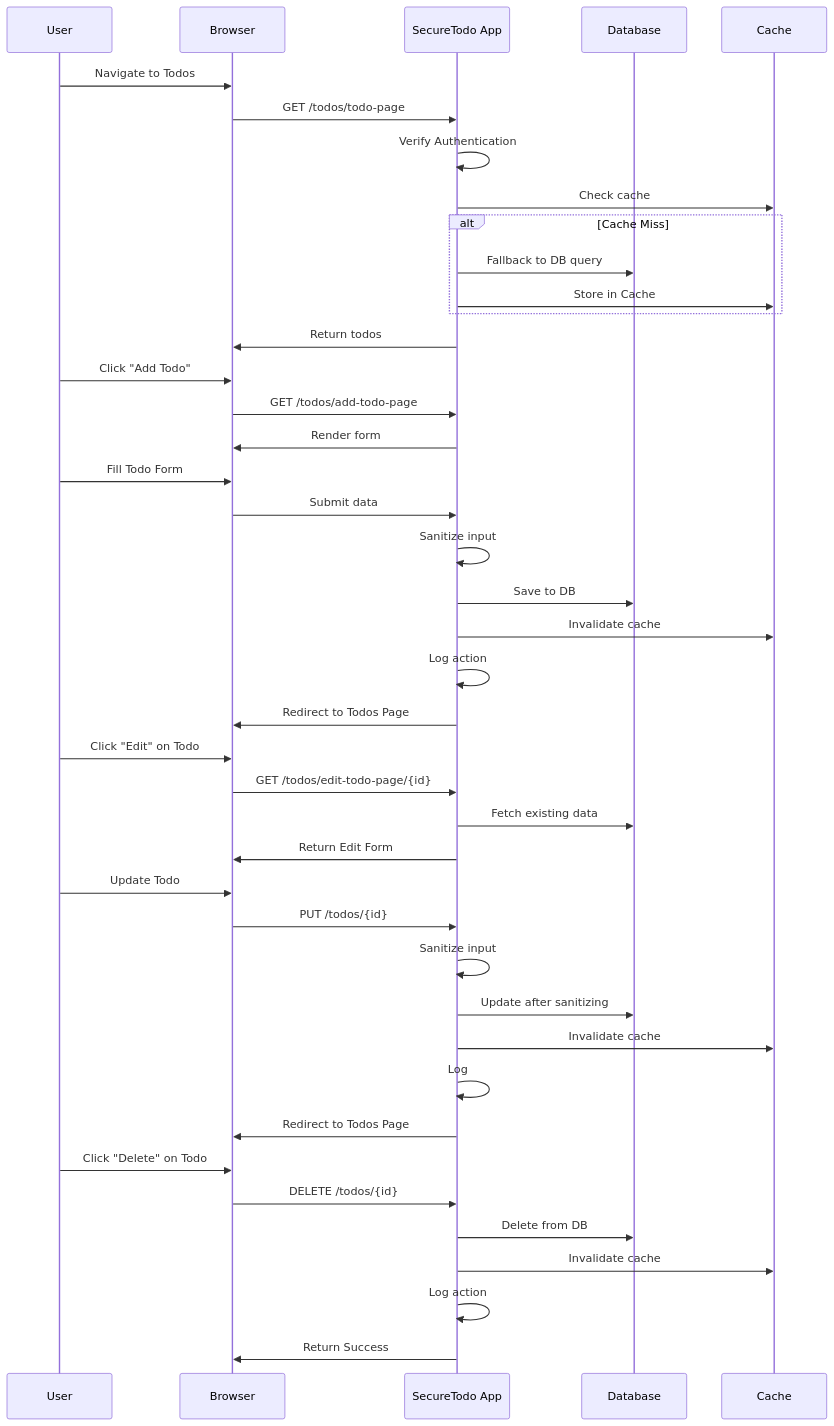
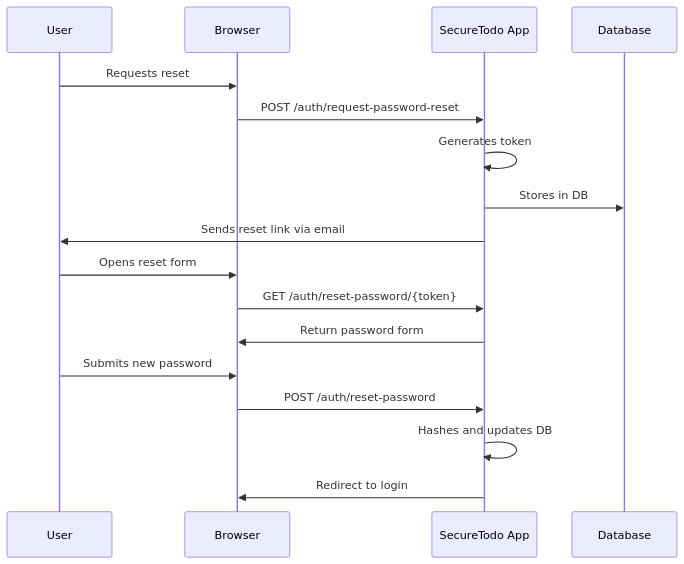
Before and after one commit to LorenMin107/TodoApp: the eighth of 15 diagrams in docs/flowchart.md, drawn with Mermaid. The commit also changed other lines of this file and 19 other files, not shown here.

````diff
--- a/docs/flowchart.md
+++ b/docs/flowchart.md
@@ -146,54 +137,20 @@
 ```mermaid
 sequenceDiagram
     participant User
     participant Browser
     participant App as SecureTodo App
     participant DB as Database
-    participant Cache
 
-    %% Viewing Todos
-    User->>Browser: Navigate to Todos
-    Browser->>App: GET /todos/todo-page
-    App->>App: Verify Authentication
-    App->>Cache: Check cache
-
-    alt Cache Miss
-        App->>DB: Fallback to DB query
-        App->>Cache: Store in Cache
-    end
-
-    App->>Browser: Return todos
-
-    %% Adding a Todo
-    User->>Browser: Click "Add Todo"
-    Browser->>App: GET /todos/add-todo-page
-    App->>Browser: Render form
-    User->>Browser: Fill Todo Form
-    Browser->>App: Submit data
-    App->>App: Sanitize input
-    App->>DB: Save to DB
-    App->>Cache: Invalidate cache
-    App->>App: Log action
-    App->>Browser: Redirect to Todos Page
-
-    %% Editing a Todo
-    User->>Browser: Click "Edit" on Todo
-    Browser->>App: GET /todos/edit-todo-page/{id}
-    App->>DB: Fetch existing data
-    App->>Browser: Return Edit Form
-    User->>Browser: Update Todo
-    Browser->>App: PUT /todos/{id}
-    App->>App: Sanitize input
-    App->>DB: Update after sanitizing
-    App->>Cache: Invalidate cache
-    App->>App: Log
-    App->>Browser: Redirect to Todos Page
-
-    %% Deleting a Todo
-    User->>Browser: Click "Delete" on Todo
-    Browser->>App: DELETE /todos/{id}
-    App->>DB: Delete from DB
-    App->>Cache: Invalidate cache
-    App->>App: Log action
-    App->>Browser: Return Success
+    User->>Browser: Requests reset
+    Browser->>App: POST /auth/request-password-reset
+    App->>App: Generates token
+    App->>DB: Stores in DB
+    App->>User: Sends reset link via email
+    User->>Browser: Opens reset form
+    Browser->>App: GET /auth/reset-password/{token}
+    App->>Browser: Return password form
+    User->>Browser: Submits new password
+    Browser->>App: POST /auth/reset-password
+    App->>App: Hashes and updates DB
+    App->>Browser: Redirect to login
 ```
````
